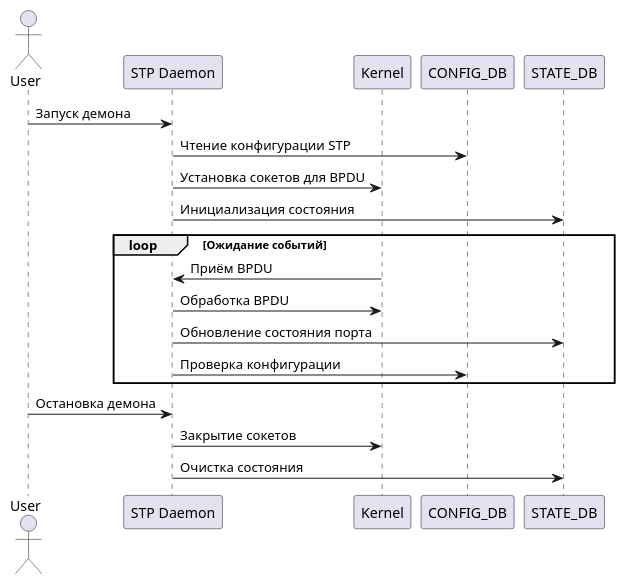
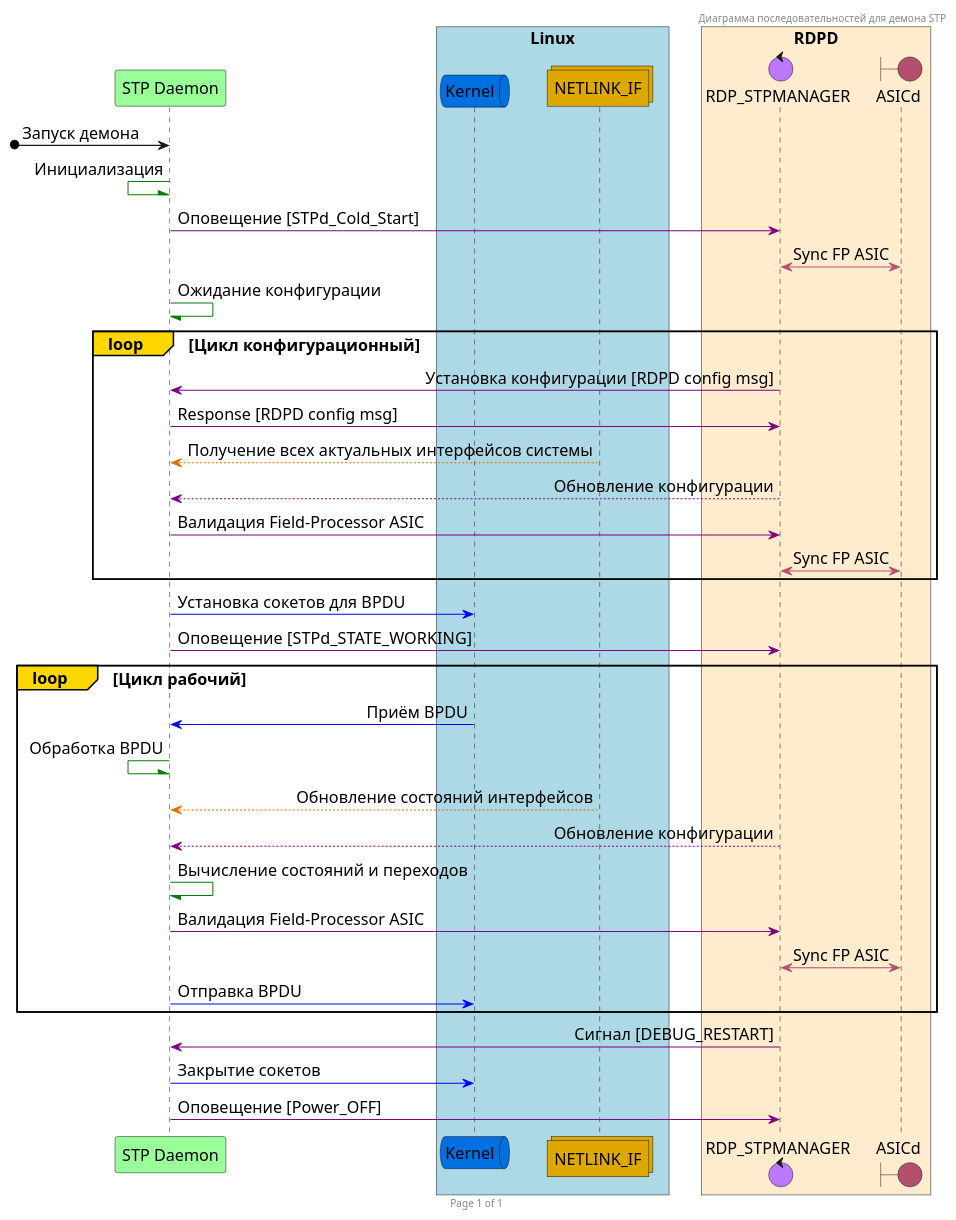
One commit to seregega/sonic-stp changed the diagram in sequence.plantuml. Above: the diagram before and after it, drawn with PlantUML.

```diff
--- a/sequence.plantuml
+++ b/sequence.plantuml
@@ -1,23 +1,61 @@
 @startuml
-actor User
-participant "STP Daemon" as Daemon
-participant "Kernel" as Kernel
-participant "CONFIG_DB" as ConfigDB
-participant "STATE_DB" as StateDB
 
-User -> Daemon : Запуск демона
-Daemon -> ConfigDB : Чтение конфигурации STP
-Daemon -> Kernel : Установка сокетов для BPDU
-Daemon -> StateDB : Инициализация состояния
+header Диаграмма последовательностей для демона STP
+footer Page %page% of %lastpage%
 
-loop Ожидание событий
-    Kernel -> Daemon : Приём BPDU
-    Daemon -> Kernel : Обработка BPDU
-    Daemon -> StateDB : Обновление состояния порта
-    Daemon -> ConfigDB : Проверка конфигурации
+skinparam shadowing<<no_shadow>> false
+skinparam shadowing<<with_shadow>> true
+skinparam sequenceMessageAlign direction
+
+skinparam ParticipantPadding 12
+skinparam BoxPadding 15
+
+skinparam defaultFontSize 16
+skinparam defaultFontName Aapex
+
+participant "STP Daemon" as Daemon #99FF99
+box "Linux" #LightBlue
+queue "Kernel" as Kernel #006fdf
+collections "NETLINK_IF" as Netlink #dfa800
+end box
+box "RDPD" #BlanchedAlmond
+control "RDP_STPMANAGER" as RDPD #bc78ff
+boundary "ASICd" as ASIC #b4506e
+end box
+
+
+[o-> Daemon : Запуск демона
+
+Daemon /[#green]- Daemon : Инициализация
+Daemon -[#purple]> RDPD : Оповещение [STPd_Cold_Start]
+RDPD <-[#b4506e]> ASIC : Sync FP ASIC
+Daemon -[#green]/ Daemon : Ожидание конфигурации
+
+loop#Gold Цикл конфигурационный
+    RDPD -[#purple]> Daemon : Установка конфигурации [RDPD config msg]
+    Daemon -[#purple]> RDPD : Response [RDPD config msg]
+    Netlink --[#df7000]> Daemon : Получение всех актуальных интерфейсов системы
+    RDPD -[#purple]-> Daemon : Обновление конфигурации
+    Daemon -[#purple]> RDPD : Валидация Field-Processor ASIC
+    RDPD <-[#b4506e]> ASIC : Sync FP ASIC
 end
 
-User -> Daemon : Остановка демона
-Daemon -> Kernel : Закрытие сокетов
-Daemon -> StateDB : Очистка состояния
+Daemon -[#0000FF]> Kernel : Установка сокетов для BPDU
+Daemon -[#purple]> RDPD : Оповещение [STPd_STATE_WORKING]
+
+
+loop#Gold Цикл рабочий
+    Kernel -[#0000FF]> Daemon : Приём BPDU
+    Daemon /[#green]-  Daemon : Обработка BPDU
+    Netlink --[#df7000]> Daemon : Обновление состояний интерфейсов
+    RDPD --[#purple]> Daemon : Обновление конфигурации
+    Daemon -[#green]/ Daemon : Вычислениe состояний и переходов
+    Daemon -[#purple]> RDPD : Валидация Field-Processor ASIC
+    RDPD <-[#b4506e]> ASIC : Sync FP ASIC
+    Daemon -[#0000FF]> Kernel : Отправка BPDU
+end
+
+RDPD -[#purple]> Daemon : Сигнал [DEBUG_RESTART]
+Daemon -[#0000FF]> Kernel : Закрытие сокетов
+Daemon -[#purple]> RDPD : Оповещение [Power_OFF]
 @enduml
```
